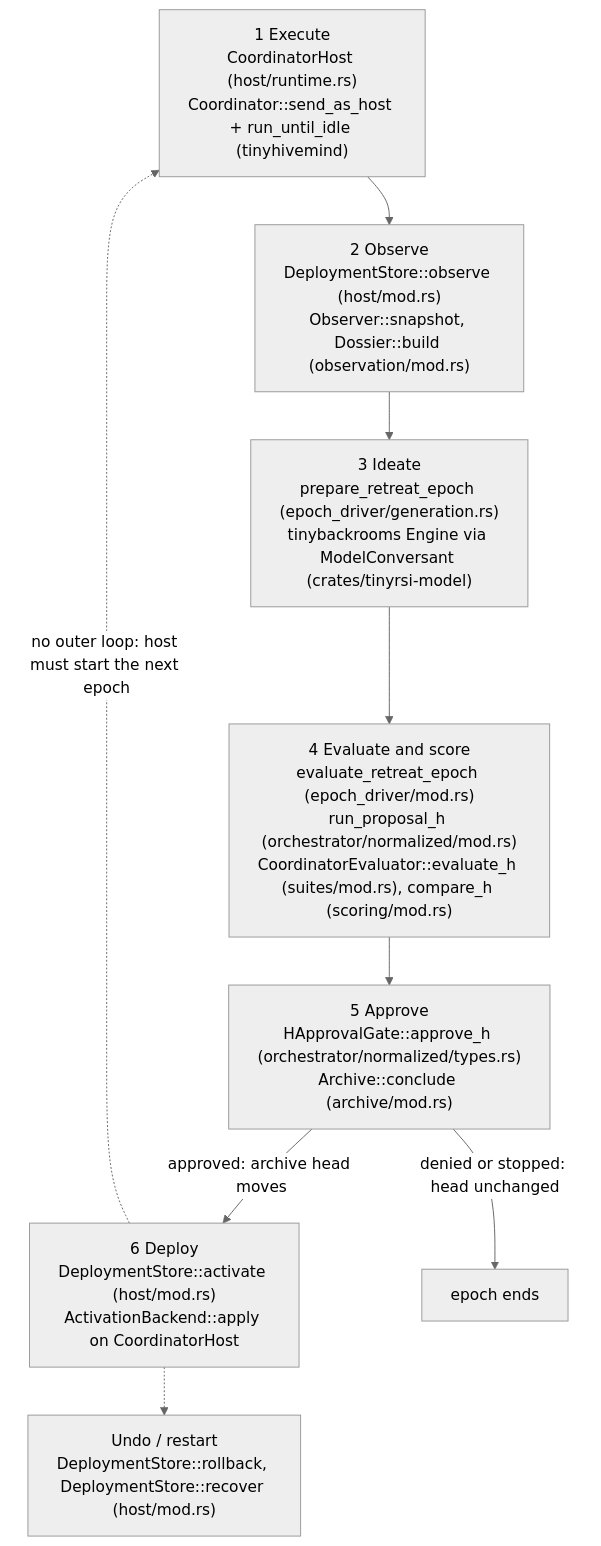
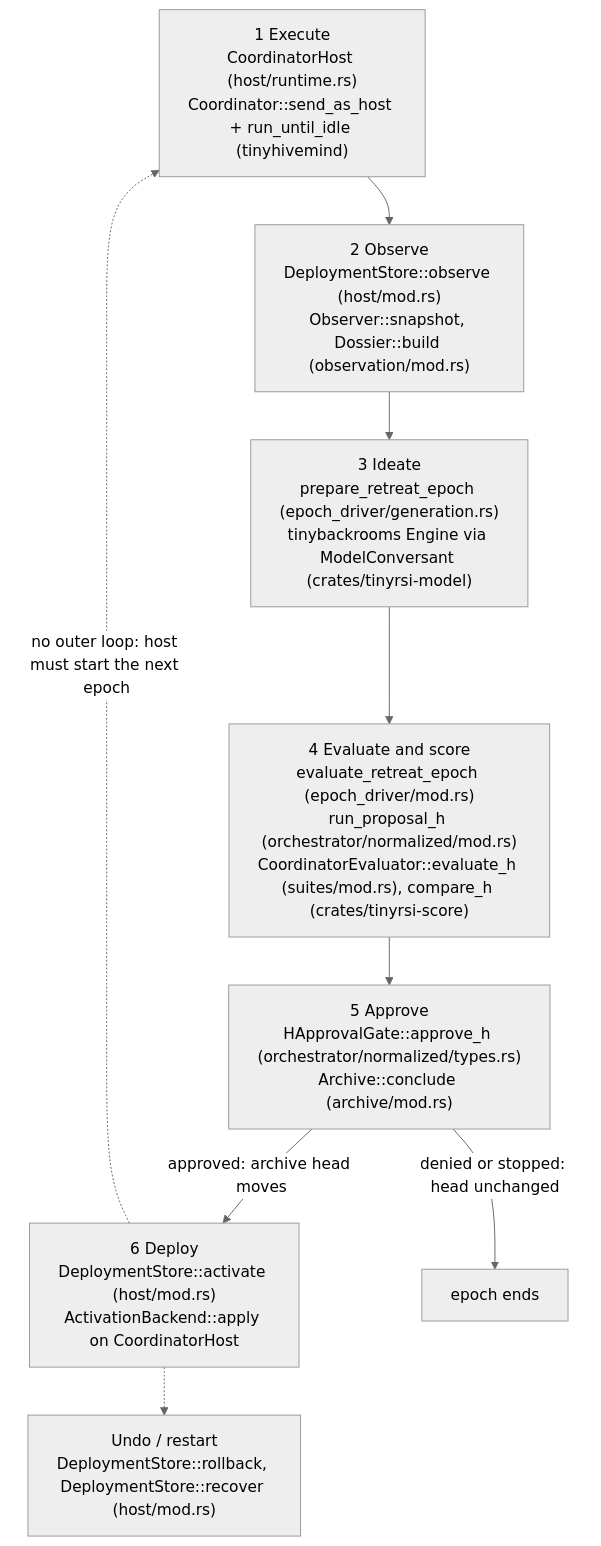
One commit to tinyhumansai/rsi-ralph changed the diagram in docs/architecture.md. Above: the diagram before and after it, drawn with Mermaid (neutral theme). The commit also changed 5 other files, not shown here.

````diff
--- a/docs/architecture.md
+++ b/docs/architecture.md
@@ -26,15 +26,15 @@
 ```mermaid
 flowchart TD
     E["1 Execute<br/>CoordinatorHost (host/runtime.rs)<br/>Coordinator::send_as_host + run_until_idle (tinyhivemind)"]
     O["2 Observe<br/>DeploymentStore::observe (host/mod.rs)<br/>Observer::snapshot, Dossier::build (observation/mod.rs)"]
     I["3 Ideate<br/>prepare_retreat_epoch (epoch_driver/generation.rs)<br/>tinybackrooms Engine via ModelConversant (crates/tinyrsi-model)"]
-    S["4 Evaluate and score<br/>evaluate_retreat_epoch (epoch_driver/mod.rs)<br/>run_proposal_h (orchestrator/normalized/mod.rs)<br/>CoordinatorEvaluator::evaluate_h (suites/mod.rs), compare_h (scoring/mod.rs)"]
+    S["4 Evaluate and score<br/>evaluate_retreat_epoch (epoch_driver/mod.rs)<br/>run_proposal_h (orchestrator/normalized/mod.rs)<br/>CoordinatorEvaluator::evaluate_h (suites/mod.rs), compare_h (crates/tinyrsi-score)"]
     A["5 Approve<br/>HApprovalGate::approve_h (orchestrator/normalized/types.rs)<br/>Archive::conclude (archive/mod.rs)"]
     D["6 Deploy<br/>DeploymentStore::activate (host/mod.rs)<br/>ActivationBackend::apply on CoordinatorHost"]
     R["Undo / restart<br/>DeploymentStore::rollback, DeploymentStore::recover (host/mod.rs)"]
     E --> O --> I --> S --> A
     A -- "approved: archive head moves" --> D
     A -- "denied or stopped: head unchanged" --> X["epoch ends"]
     D -.-> R
     D -. "no outer loop: host must start the next epoch" .-> E
 ```
````
